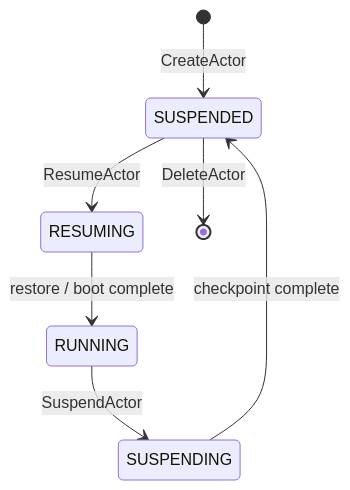
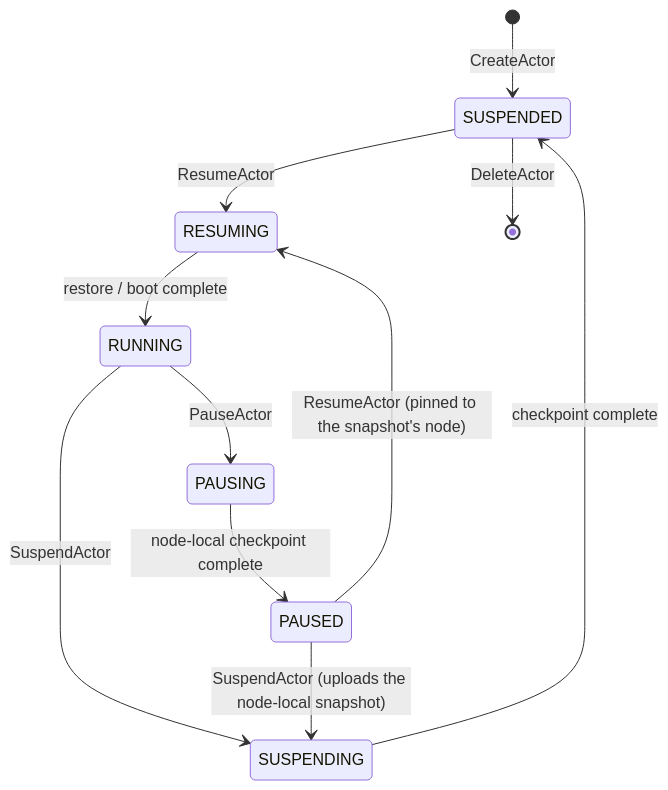
The third of 3 diagrams in docs/architecture.md (agent-substrate/substrate), drawn with Mermaid before and after one commit. The commit also changed 9 other files, not shown here.

````diff
--- a/docs/architecture.md
+++ b/docs/architecture.md
@@ -390,9 +390,13 @@
 ```mermaid
 stateDiagram-v2
     [*] --> SUSPENDED : CreateActor
     SUSPENDED --> RESUMING : ResumeActor
     RESUMING --> RUNNING : restore / boot complete
     RUNNING --> SUSPENDING : SuspendActor
     SUSPENDING --> SUSPENDED : checkpoint complete
+    RUNNING --> PAUSING : PauseActor
+    PAUSING --> PAUSED : node-local checkpoint complete
+    PAUSED --> RESUMING : ResumeActor (pinned to the snapshot's node)
+    PAUSED --> SUSPENDING : SuspendActor (uploads the node-local snapshot)
     SUSPENDED --> [*] : DeleteActor
 ```
````
